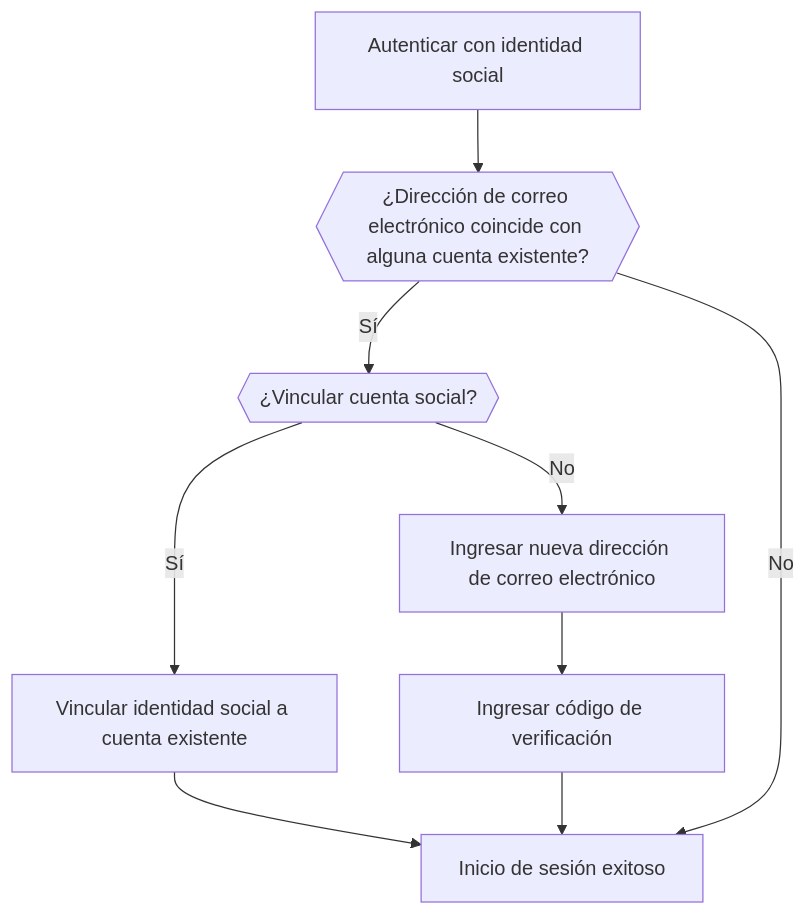
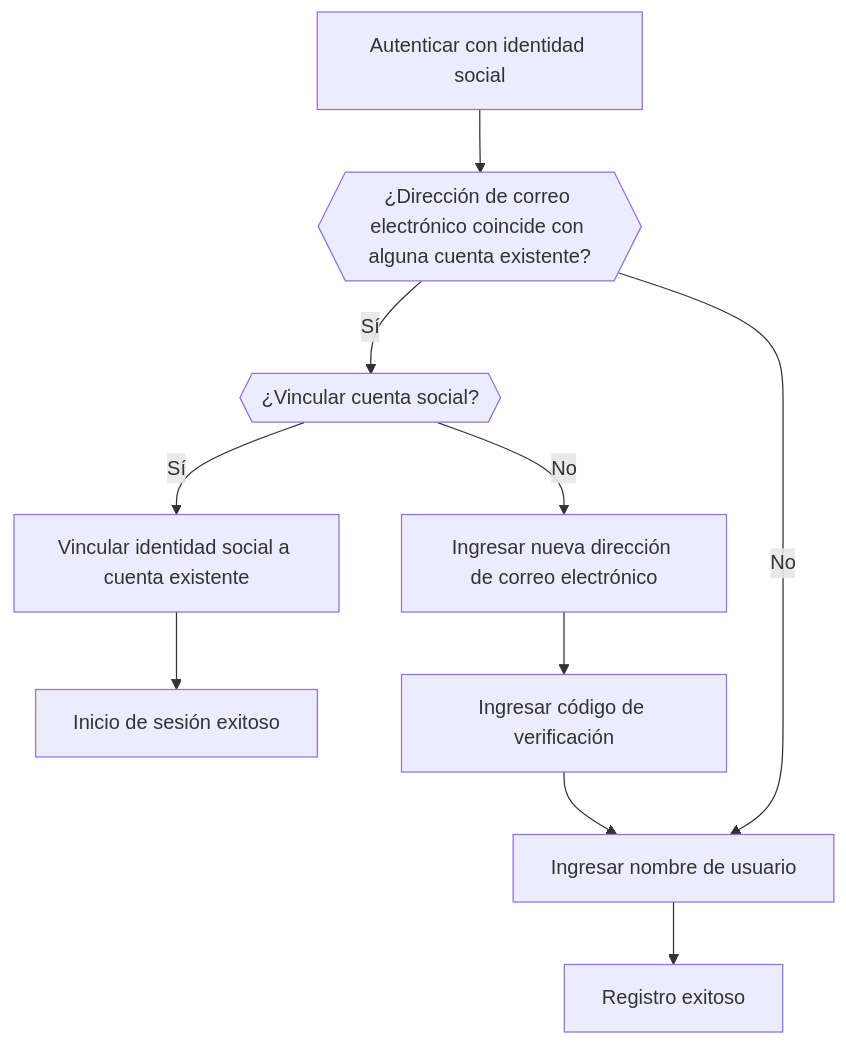
One commit to logto-io/docs changed the sixth of 6 diagrams in i18n/es/docusaurus-plugin-content-docs/current/end-user-flows/sign-up-and-sign-in/social-sign-in.mdx. Above: the diagram before and after it, drawn with Mermaid. The commit also changed other lines of this file and 407 other files, not shown here.

````diff
--- a/i18n/es/docusaurus-plugin-content-docs/current/end-user-flows/sign-up-and-sign-in/social-sign-in.mdx
+++ b/i18n/es/docusaurus-plugin-content-docs/current/end-user-flows/sign-up-and-sign-in/social-sign-in.mdx
@@ -152,11 +159,12 @@
    ```mermaid
       flowchart TD
        A[Autenticar con identidad social] --> B{{¿Dirección de correo electrónico coincide con alguna cuenta existente?}}
        B -- Sí --> C{{¿Vincular cuenta social?}}
        C -- Sí --> D[Vincular identidad social a cuenta existente]
        D --> E[Inicio de sesión exitoso]
        C -- No --> F[Ingresar nueva dirección de correo electrónico]
        F --> G[Ingresar código de verificación]
-       G --> E
-       B -- No --> E
+       G --> H[Ingresar nombre de usuario]
+       H --> I[Registro exitoso]
+       B -- No --> H
    ```
````
